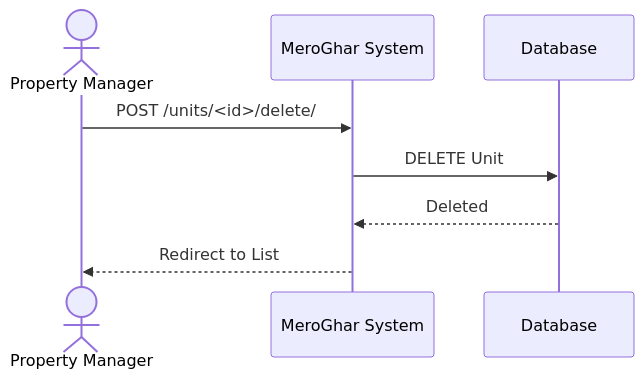
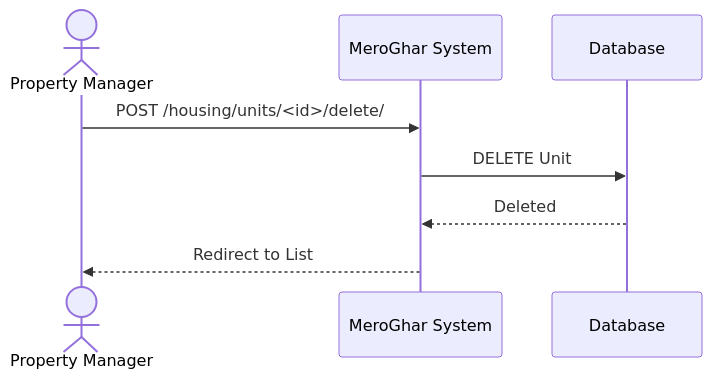
One commit to 0Ankit0/meroghar changed the fourth of 4 diagrams in docs/workflows/unit.md. Above: the diagram before and after it, drawn with Mermaid. The commit also changed other lines of this file and 10 other files, not shown here.

````diff
--- a/docs/workflows/unit.md
+++ b/docs/workflows/unit.md
@@ -77,11 +77,11 @@
 ```mermaid
 sequenceDiagram
     actor User as Property Manager
     participant System as MeroGhar System
     participant DB as Database
 
-    User->>System: POST /units/<id>/delete/
+    User->>System: POST /housing/units/<id>/delete/
     System->>DB: DELETE Unit
     DB-->>System: Deleted
     System-->>User: Redirect to List
 ```
````
